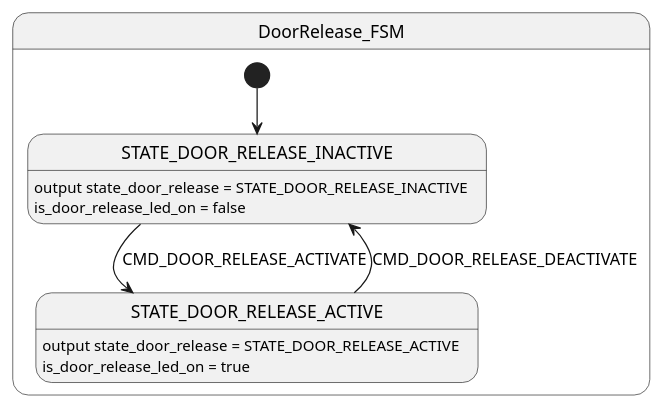
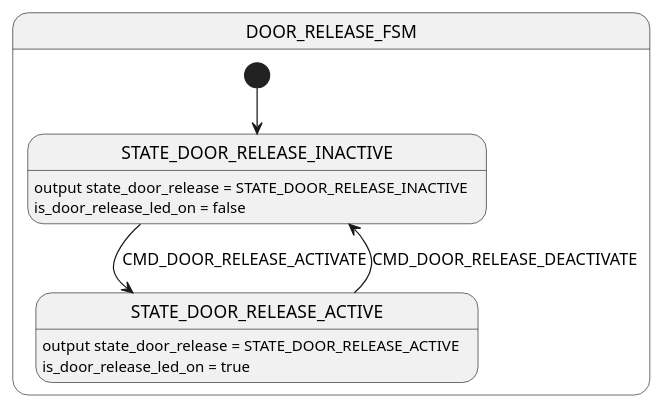
One commit to paetzholdt/CANRepo changed the diagram in docs/state_machines/node-door-controller/door_release_fsm.puml. Above: the diagram before and after it, drawn with PlantUML. The commit also changed 4 other files, not shown here.

```diff
--- a/docs/state_machines/node-door-controller/door_release_fsm.puml
+++ b/docs/state_machines/node-door-controller/door_release_fsm.puml
@@ -1,20 +1,20 @@
 @startuml door_release_fsm
 
 
-state DoorRelease_FSM {
+state DOOR_RELEASE_FSM {
     [*] --> STATE_DOOR_RELEASE_INACTIVE
     state STATE_DOOR_RELEASE_INACTIVE
     state STATE_DOOR_RELEASE_ACTIVE
 
     STATE_DOOR_RELEASE_INACTIVE: output state_door_release = STATE_DOOR_RELEASE_INACTIVE
     STATE_DOOR_RELEASE_INACTIVE: is_door_release_led_on = false
 
     STATE_DOOR_RELEASE_ACTIVE: output state_door_release = STATE_DOOR_RELEASE_ACTIVE
     STATE_DOOR_RELEASE_ACTIVE: is_door_release_led_on = true
 
 
     STATE_DOOR_RELEASE_INACTIVE --> STATE_DOOR_RELEASE_ACTIVE : CMD_DOOR_RELEASE_ACTIVATE
     STATE_DOOR_RELEASE_ACTIVE --> STATE_DOOR_RELEASE_INACTIVE : CMD_DOOR_RELEASE_DEACTIVATE
 }
 
 @enduml
```
